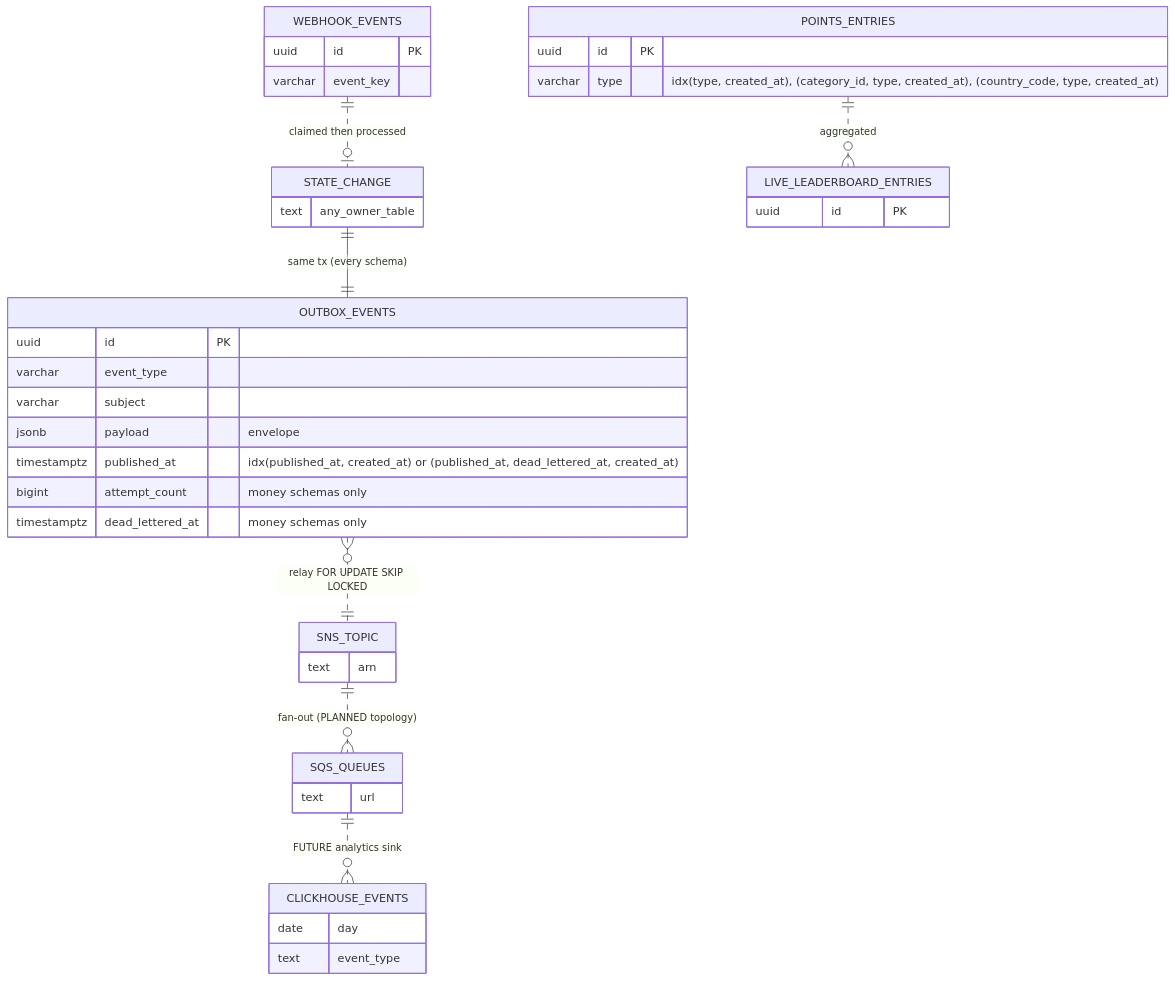
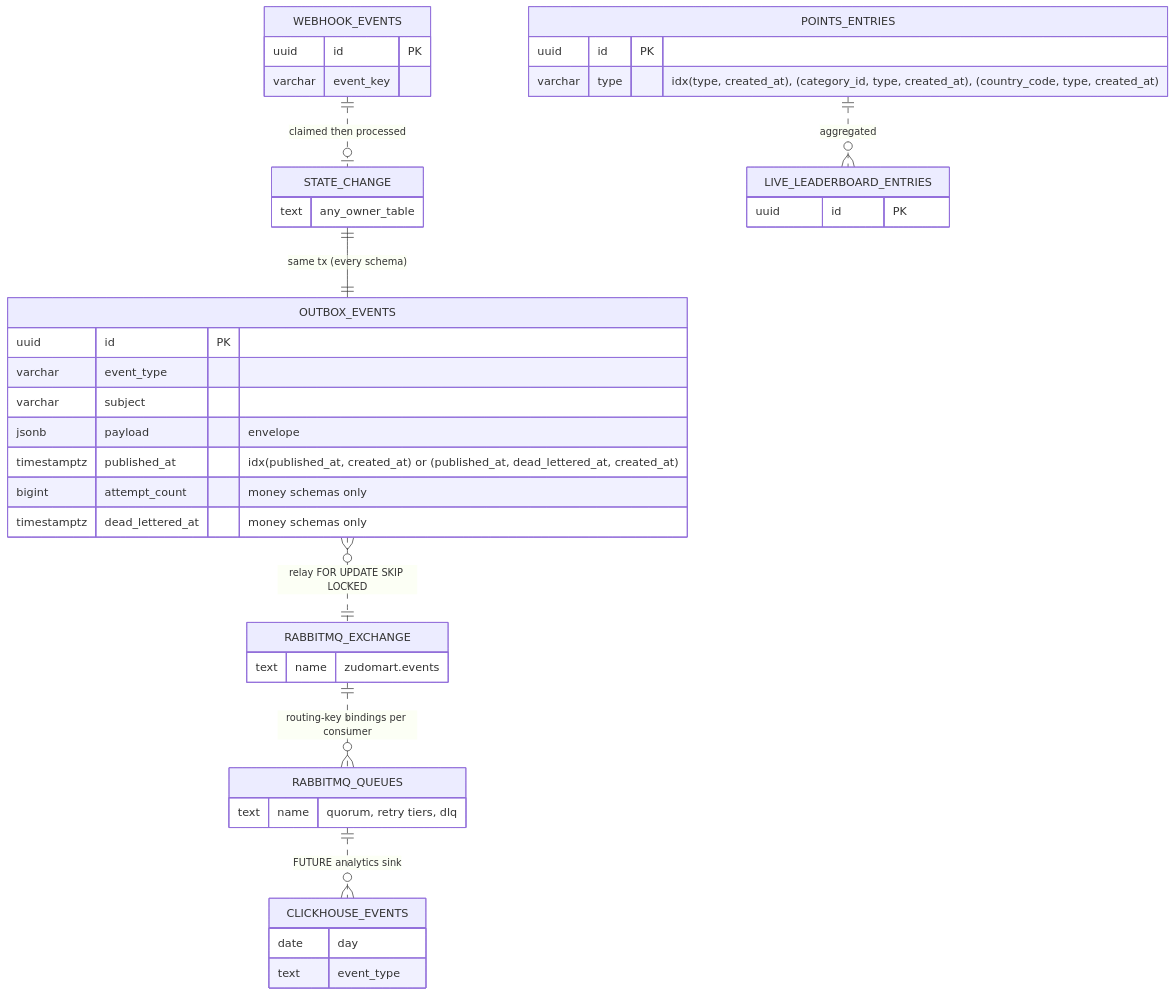
One commit to telente-technologies/nantty changed the tenth of 10 diagrams in docs/database/schema.md. Above: the diagram before and after it, drawn with Mermaid. The commit also changed other lines of this file and 2 other files, not shown here.

Commit message:
docs(database): schema domains and query patterns [skip build]

````diff
--- a/docs/database/schema.md
+++ b/docs/database/schema.md
@@ -828,43 +828,43 @@
 ```mermaid
 erDiagram
   STATE_CHANGE ||--|| OUTBOX_EVENTS : "same tx (every schema)"
-  OUTBOX_EVENTS }o..|| SNS_TOPIC : "relay FOR UPDATE SKIP LOCKED"
-  SNS_TOPIC ||..o{ SQS_QUEUES : "fan-out (PLANNED topology)"
-  SQS_QUEUES ||..o{ CLICKHOUSE_EVENTS : "FUTURE analytics sink"
+  OUTBOX_EVENTS }o..|| RABBITMQ_EXCHANGE : "relay FOR UPDATE SKIP LOCKED"
+  RABBITMQ_EXCHANGE ||..o{ RABBITMQ_QUEUES : "routing-key bindings per consumer"
+  RABBITMQ_QUEUES ||..o{ CLICKHOUSE_EVENTS : "FUTURE analytics sink"
   WEBHOOK_EVENTS ||..o| STATE_CHANGE : "claimed then processed"
   POINTS_ENTRIES ||..o{ LIVE_LEADERBOARD_ENTRIES : "aggregated"
 
   STATE_CHANGE {
     text any_owner_table
   }
   OUTBOX_EVENTS {
     uuid id PK
     varchar event_type
     varchar subject
     jsonb payload "envelope"
     timestamptz published_at "idx(published_at, created_at) or (published_at, dead_lettered_at, created_at)"
     bigint attempt_count "money schemas only"
     timestamptz dead_lettered_at "money schemas only"
   }
   WEBHOOK_EVENTS {
     uuid id PK
     varchar event_key
   }
   POINTS_ENTRIES {
     uuid id PK
     varchar type "idx(type, created_at), (category_id, type, created_at), (country_code, type, created_at)"
   }
   LIVE_LEADERBOARD_ENTRIES {
     uuid id PK
   }
-  SNS_TOPIC {
-    text arn
+  RABBITMQ_EXCHANGE {
+    text name "zudomart.events"
   }
-  SQS_QUEUES {
-    text url
+  RABBITMQ_QUEUES {
+    text name "quorum, retry tiers, dlq"
   }
   CLICKHOUSE_EVENTS {
     date day
     text event_type
   }
 ```
````
